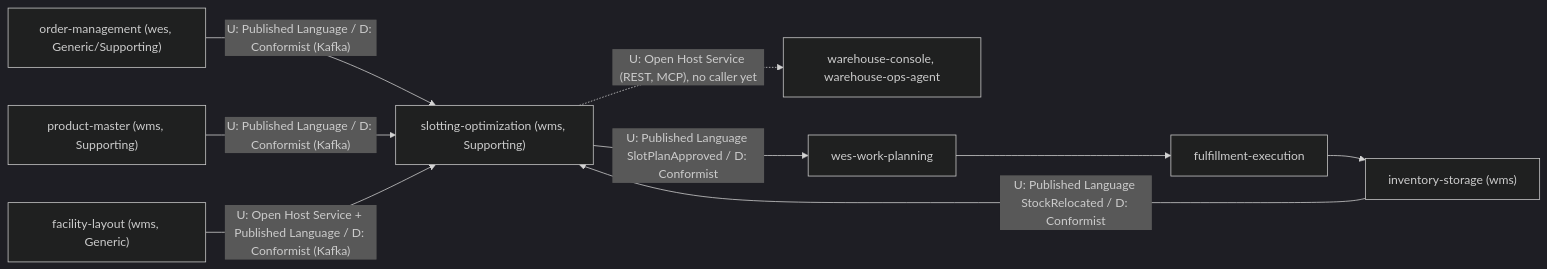
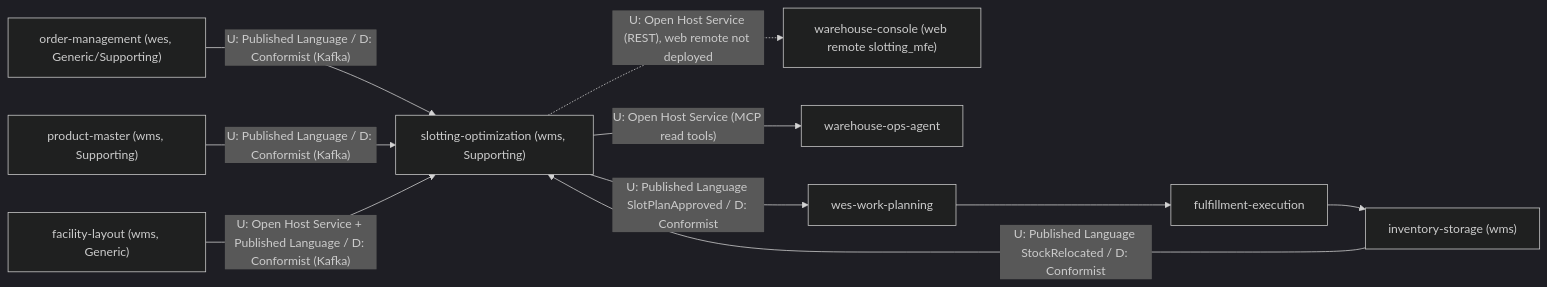
One commit to IQVO/slotting-optimization changed the diagram in docs/docs/ddd/context-map.md. Above: the diagram before and after it, drawn with Mermaid (dark theme). The commit also changed other lines of this file and 1 other file, not shown here.

Commit message:
docs(ddd): ops-agent is a live MCP reader of slotting; console remote is wired-but-unused
subdomain-classification.md and context-map.md still said the ops-agent
reader was "planned (not built)" / "no caller yet". warehouse-ops-agent
origin/develop builds a slotting MCP client (list_slot_plans, get_slot_plan,
its ADR 0024) and warehouse-infra helm-values/warehouse-ops-agent.yaml sets
the endpoint; the web remote has no frontend_remote in terraform/apps.yaml.

````diff
--- a/docs/docs/ddd/context-map.md
+++ b/docs/docs/ddd/context-map.md
@@ -15,19 +15,21 @@
 ```mermaid
 flowchart LR
     om["order-management (wes, Generic/Supporting)"]
     pm["product-master (wms, Supporting)"]
     fl["facility-layout (wms, Generic)"]
     so["slotting-optimization (wms, Supporting)"]
-    ui["warehouse-console, warehouse-ops-agent"]
+    ui["warehouse-console (web remote slotting_mfe)"]
+    ag["warehouse-ops-agent"]
     wwp["wes-work-planning"]
     fe["fulfillment-execution"]
     is["inventory-storage (wms)"]
     om -->|"U: Published Language / D: Conformist (Kafka)"| so
     pm -->|"U: Published Language / D: Conformist (Kafka)"| so
     fl -->|"U: Open Host Service + Published Language / D: Conformist (Kafka)"| so
-    so -.->|"U: Open Host Service (REST, MCP), no caller yet"| ui
+    so -->|"U: Open Host Service (MCP read tools)"| ag
+    so -.->|"U: Open Host Service (REST), web remote not deployed"| ui
     so -->|"U: Published Language SlotPlanApproved / D: Conformist"| wwp
     wwp --> fe
     fe --> is
     is -->|"U: Published Language StockRelocated / D: Conformist"| so
 ```
````
